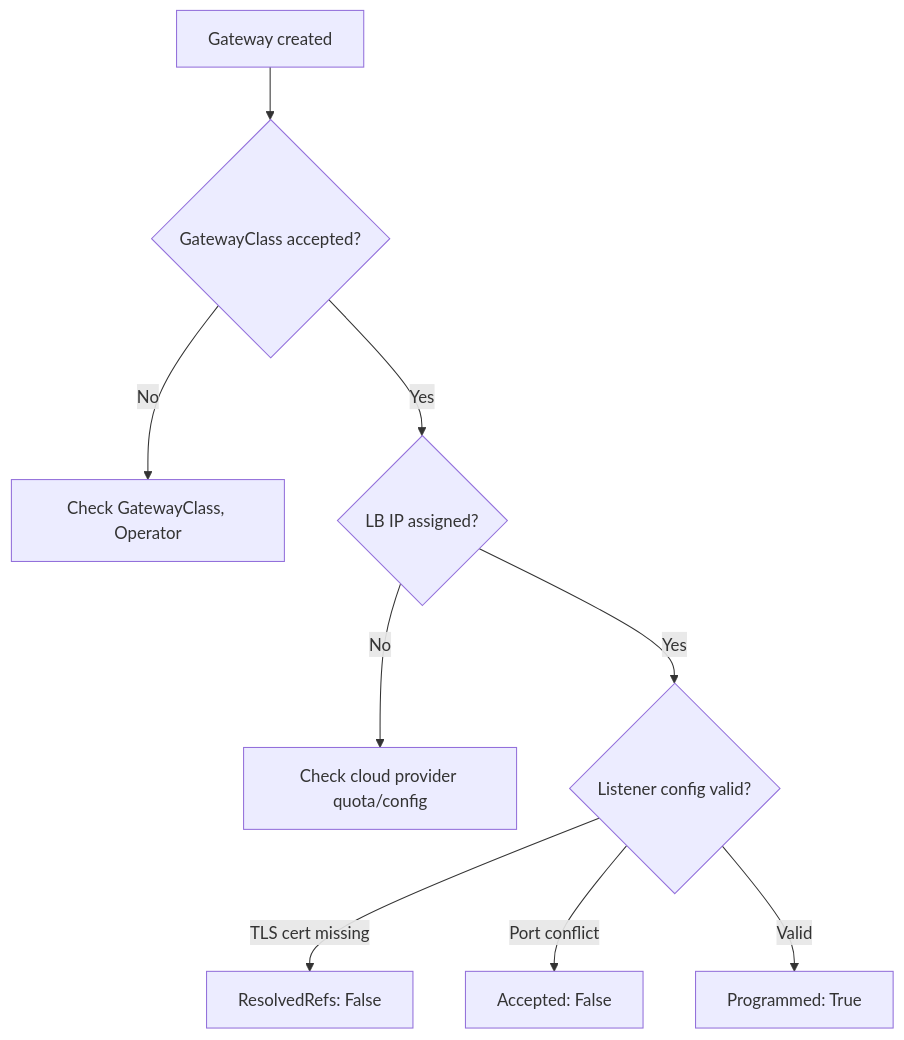
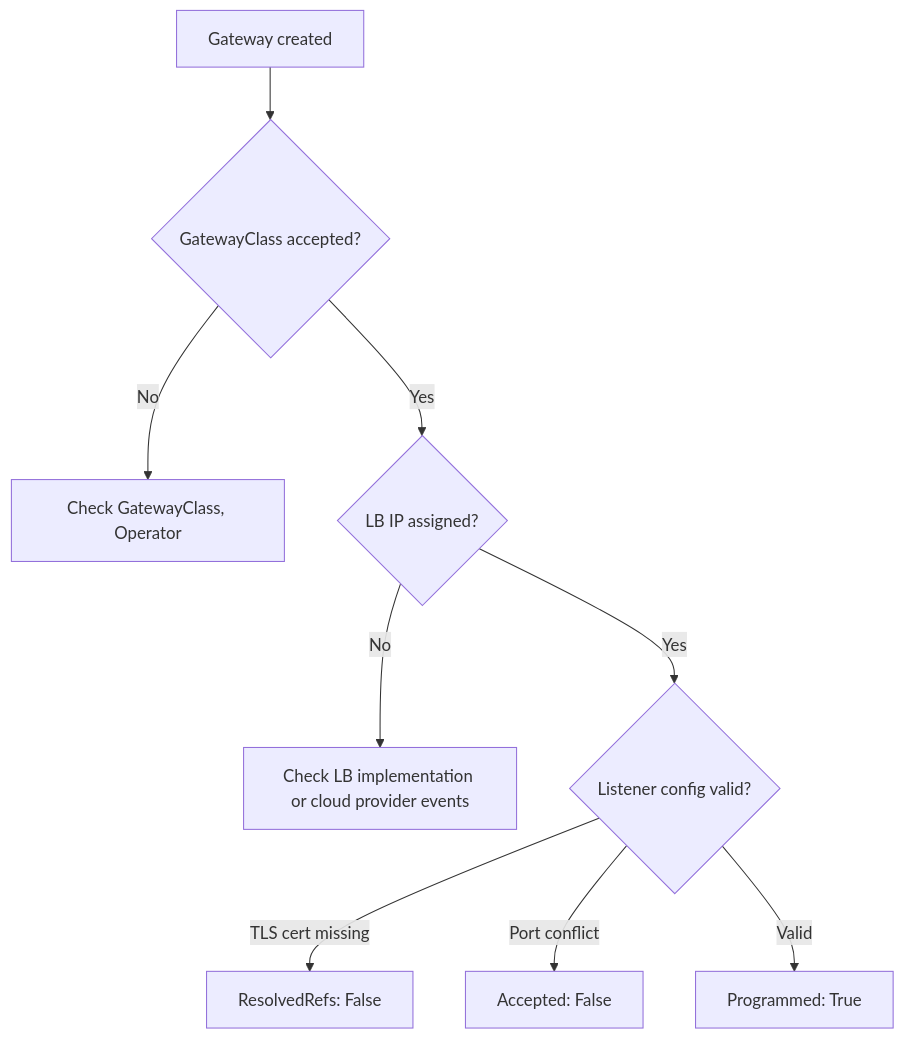
Before and after one commit to OneUptime/blog: the diagram in posts/2026-03-13-troubleshoot-gateway-api-listeners-not-ready-cilium/README.md, drawn with Mermaid. The commit also changed other lines of this file and 2 other files, not shown here.

````diff
--- a/posts/2026-03-13-troubleshoot-gateway-api-listeners-not-ready-cilium/README.md
+++ b/posts/2026-03-13-troubleshoot-gateway-api-listeners-not-ready-cilium/README.md
@@ -50,11 +50,11 @@
 ```mermaid
 flowchart TD
     A[Gateway created] --> B{GatewayClass accepted?}
     B -->|No| C[Check GatewayClass, Operator]
     B -->|Yes| D{LB IP assigned?}
-    D -->|No| E[Check cloud provider quota/config]
+    D -->|No| E[Check LB implementation or cloud provider events]
     D -->|Yes| F{Listener config valid?}
     F -->|TLS cert missing| G[ResolvedRefs: False]
     F -->|Port conflict| H[Accepted: False]
     F -->|Valid| I[Programmed: True]
 ```
````
